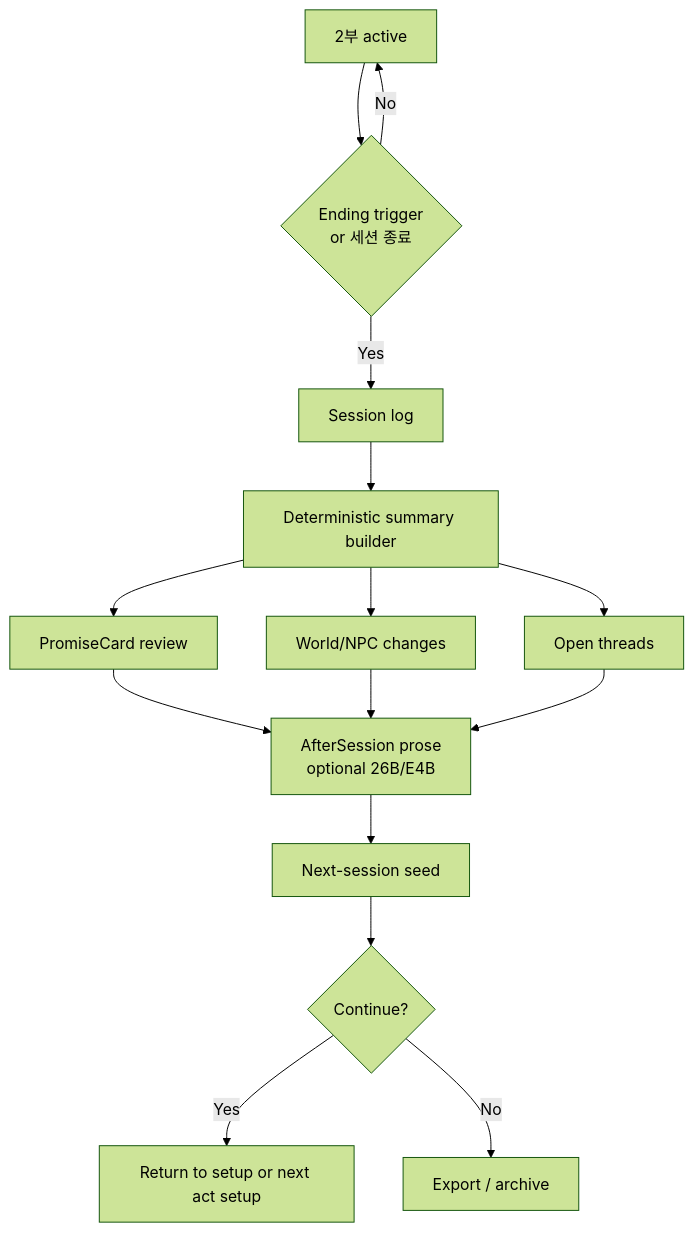
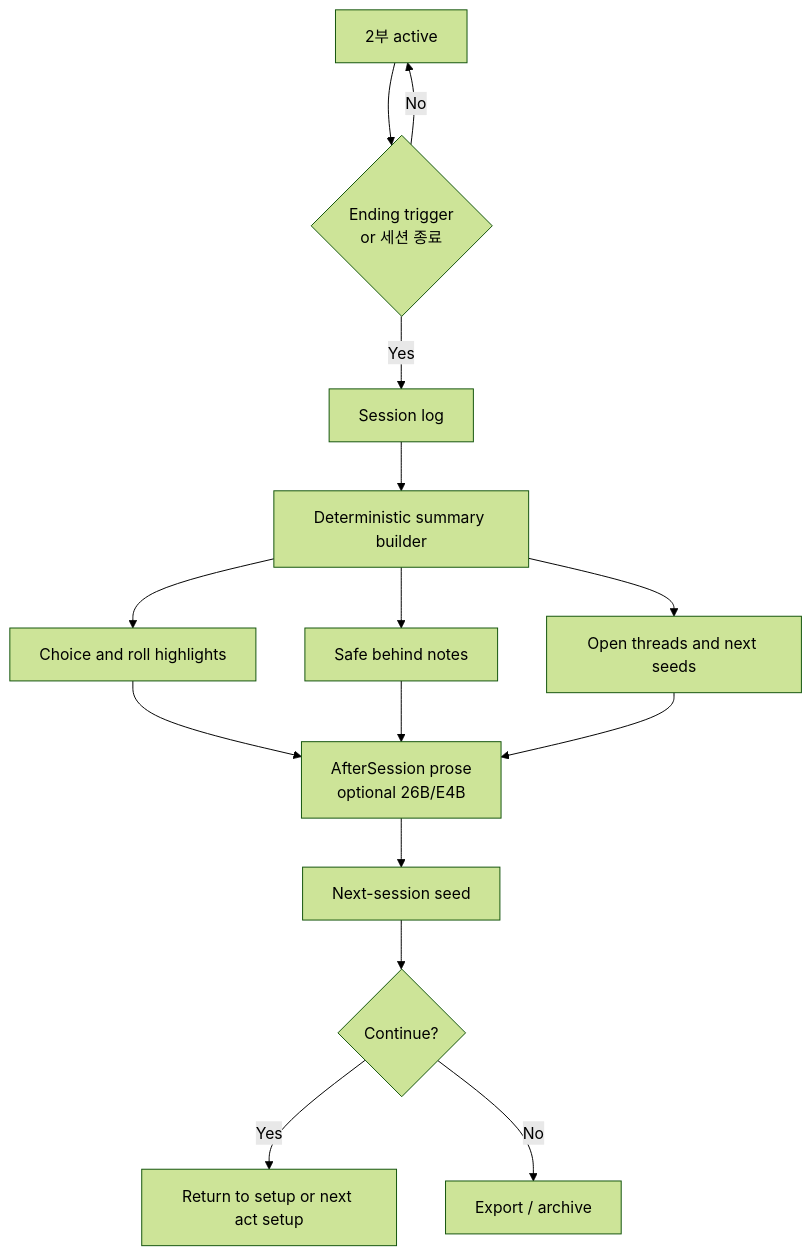
One commit to winterrainlee/winterrain_trpg changed the fourth of 4 diagrams in design/winterrain-rp-module-architecture-design.md. Above: the diagram before and after it, drawn with Mermaid (forest theme). The commit also changed other lines of this file and 1 other file, not shown here.

Commit message:
Document after-session review structure

````diff
--- a/design/winterrain-rp-module-architecture-design.md
+++ b/design/winterrain-rp-module-architecture-design.md
@@ -929,17 +964,17 @@
 ```mermaid
 flowchart TD
   A0["2부 active"] --> A1{"Ending trigger<br/>or 세션 종료"}
   A1 -->|No| A0
   A1 -->|Yes| A["Session log"]
   A --> B["Deterministic summary builder"]
-  B --> C["PromiseCard review"]
-  B --> D["World/NPC changes"]
-  B --> E["Open threads"]
+  B --> C["Choice and roll highlights"]
+  B --> D["Safe behind notes"]
+  B --> E["Open threads and next seeds"]
   C --> F["AfterSession prose<br/>optional 26B/E4B"]
   D --> F
   E --> F
   F --> G["Next-session seed"]
   G --> H{"Continue?"}
   H -->|Yes| I["Return to setup or next act setup"]
   H -->|No| J["Export / archive"]
 ```
````
